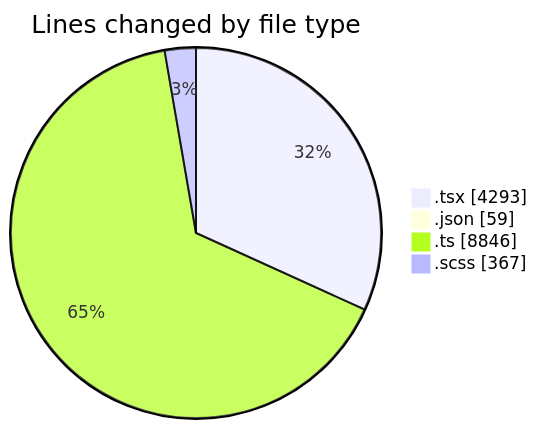
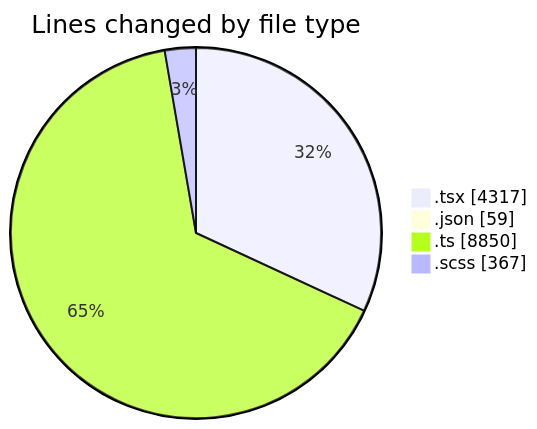
The first of 2 diagrams in 2025-11-24/cda/README.md (momahboobian/code-tracking), drawn with Mermaid before and after one commit. The commit also changed other lines of this file and 1 other file, not shown here.

````diff
--- a/2025-11-24/cda/README.md
+++ b/2025-11-24/cda/README.md
@@ -36,8 +36,8 @@
 ```mermaid
 pie showData
 title Lines changed by file type
-".tsx" : 4293
+".tsx" : 4317
 ".json" : 59
-".ts" : 8846
+".ts" : 8850
 ".scss" : 367
 ```
````
